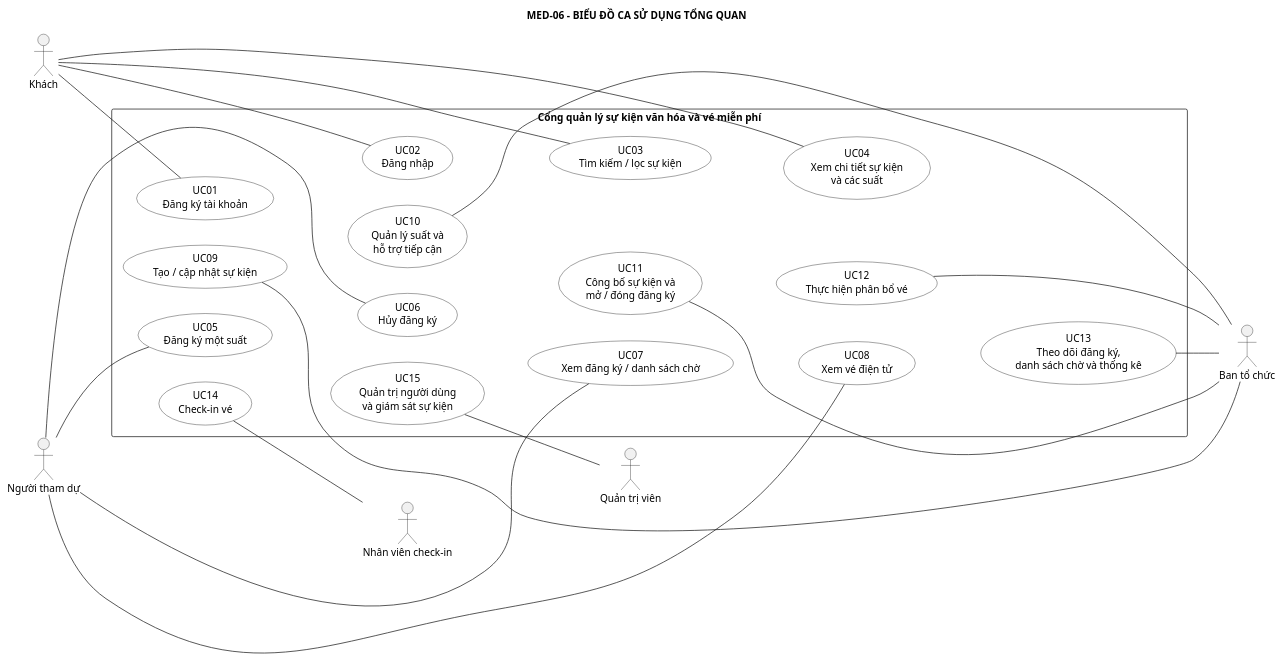
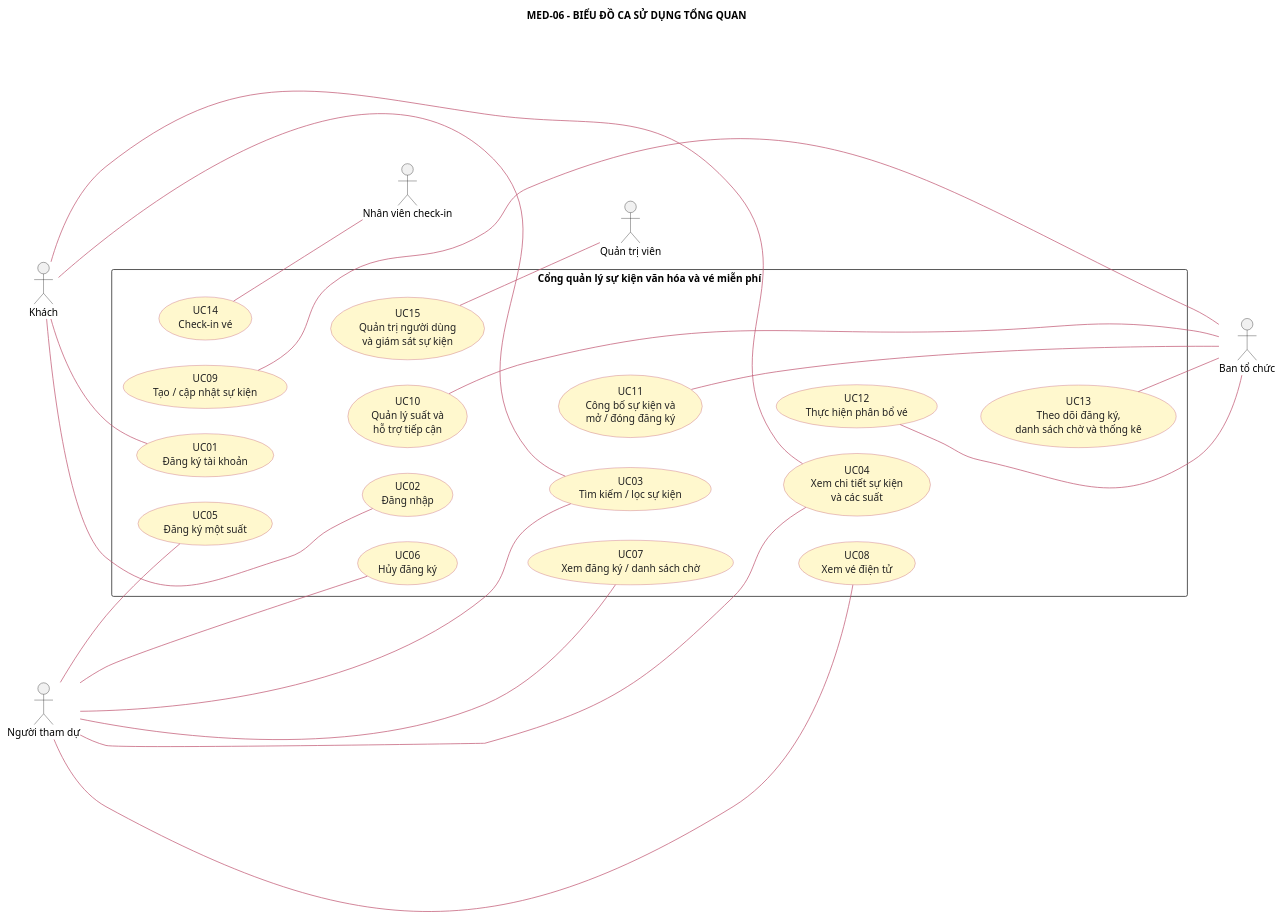
Before and after one commit to anh632k-ui/OOP-DoAn: the diagram in PTTK/01_Actor_UseCase/01-use-case-overview.puml, drawn with PlantUML. The commit also changed 5 other files, not shown here.

```diff
--- a/PTTK/01_Actor_UseCase/01-use-case-overview.puml
+++ b/PTTK/01_Actor_UseCase/01-use-case-overview.puml
@@ -1,74 +1,76 @@
 @startuml
 left to right direction
-skinparam monochrome true
 skinparam shadowing false
 skinparam actorStyle stick
 skinparam defaultFontSize 14
 skinparam packageStyle rectangle
 skinparam usecase {
-  BackgroundColor White
-  BorderColor Black
-  FontColor Black
+ BackgroundColor #FFF8CE
+ BorderColor #C05773
+ ArrowColor #C05773
+ FontColor #222222
 }
 
 title MED-06 - BIỂU ĐỒ CA SỬ DỤNG TỔNG QUAN
 
 actor "Khách" as Khach
 actor "Người tham dự" as NguoiThamDu
 
 rectangle "Cổng quản lý sự kiện văn hóa và vé miễn phí" as HT {
   usecase "UC01\nĐăng ký tài khoản" as UC01
   usecase "UC02\nĐăng nhập" as UC02
   usecase "UC03\nTìm kiếm / lọc sự kiện" as UC03
   usecase "UC04\nXem chi tiết sự kiện\nvà các suất" as UC04
 
   usecase "UC05\nĐăng ký một suất" as UC05
   usecase "UC06\nHủy đăng ký" as UC06
   usecase "UC07\nXem đăng ký / danh sách chờ" as UC07
   usecase "UC08\nXem vé điện tử" as UC08
 
   usecase "UC09\nTạo / cập nhật sự kiện" as UC09
   usecase "UC10\nQuản lý suất và\nhỗ trợ tiếp cận" as UC10
   usecase "UC11\nCông bố sự kiện và\nmở / đóng đăng ký" as UC11
   usecase "UC12\nThực hiện phân bổ vé" as UC12
   usecase "UC13\nTheo dõi đăng ký,\ndanh sách chờ và thống kê" as UC13
 
   usecase "UC14\nCheck-in vé" as UC14
   usecase "UC15\nQuản trị người dùng\nvà giám sát sự kiện" as UC15
 
   UC01 -[hidden]down- UC02
   UC02 -[hidden]down- UC03
   UC03 -[hidden]down- UC04
   UC05 -[hidden]down- UC06
   UC06 -[hidden]down- UC07
   UC07 -[hidden]down- UC08
   UC09 -[hidden]down- UC10
   UC10 -[hidden]down- UC11
   UC11 -[hidden]down- UC12
   UC12 -[hidden]down- UC13
   UC14 -[hidden]down- UC15
   UC01 -[hidden]right- UC05
   UC05 -[hidden]right- UC09
   UC09 -[hidden]right- UC14
 }
 
 actor "Ban tổ chức" as BanToChuc
 actor "Nhân viên check-in" as NhanVien
 actor "Quản trị viên" as QuanTriVien
 
 Khach -- UC01
 Khach -- UC02
 Khach -- UC03
 Khach -- UC04
+NguoiThamDu -- UC03
+NguoiThamDu -- UC04
 NguoiThamDu -- UC05
 NguoiThamDu -- UC06
 NguoiThamDu -- UC07
 NguoiThamDu -- UC08
 UC09 -- BanToChuc
 UC10 -- BanToChuc
 UC11 -- BanToChuc
 UC12 -- BanToChuc
 UC13 -- BanToChuc
 UC14 -- NhanVien
 UC15 -- QuanTriVien
 @enduml
```
